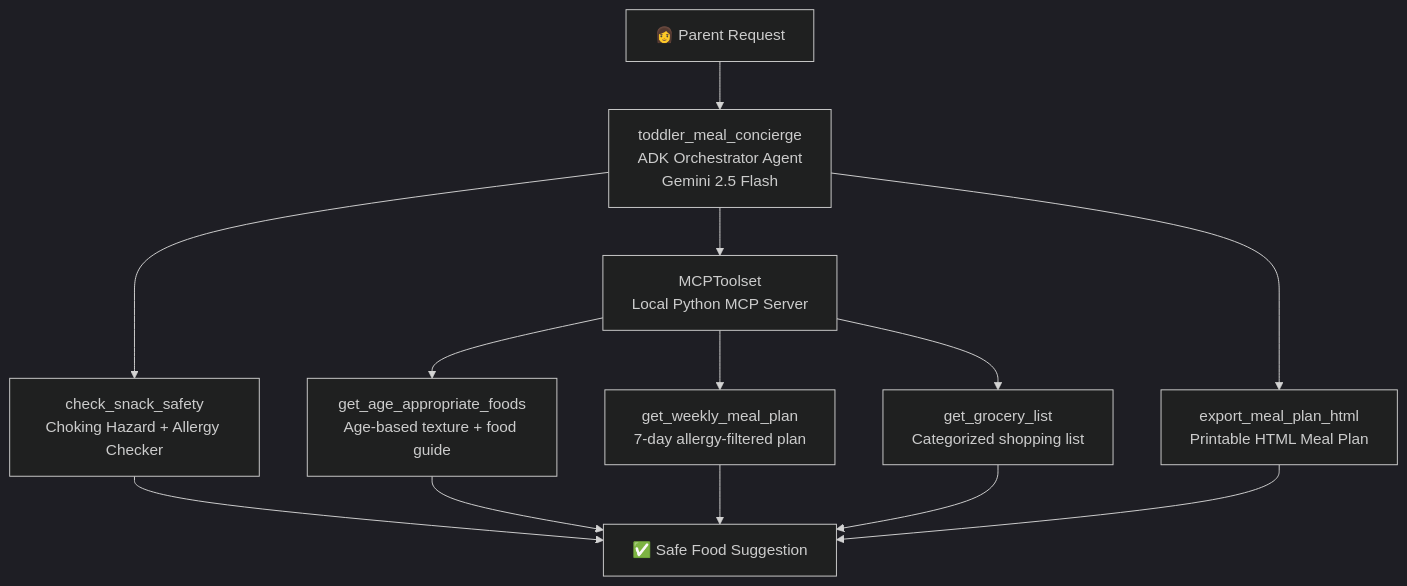
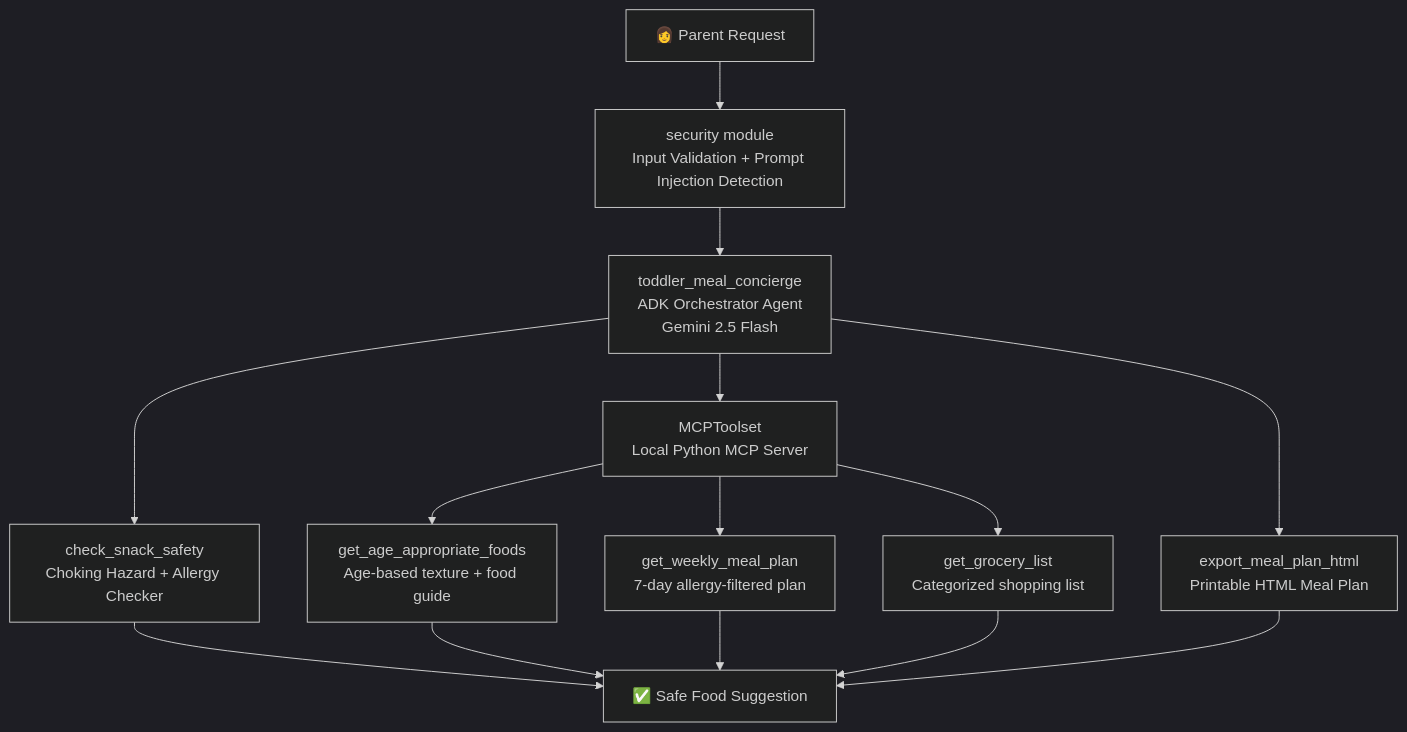
One commit to SangaviKS/toddler-meal-agent changed the diagram in README.md. Above: the diagram before and after it, drawn with Mermaid (dark theme).

Commit message:
Add security module to architecture diagram

````diff
--- a/README.md
+++ b/README.md
@@ -53,15 +53,16 @@
 ```mermaid
 graph TD
-    A[👩 Parent Request] --> B[toddler_meal_concierge\nADK Orchestrator Agent\nGemini 2.5 Flash]
+    A[👩 Parent Request] --> S[security module\nInput Validation + Prompt Injection Detection]
+    S --> B[toddler_meal_concierge\nADK Orchestrator Agent\nGemini 2.5 Flash]
     B --> C[check_snack_safety\nChoking Hazard + Allergy Checker]
     B --> D[MCPToolset\nLocal Python MCP Server]
     B --> H[export_meal_plan_html\nPrintable HTML Meal Plan]
     D --> E[get_age_appropriate_foods\nAge-based texture + food guide]
     D --> F[get_weekly_meal_plan\n7-day allergy-filtered plan]
     D --> G[get_grocery_list\nCategorized shopping list]
     C --> I[✅ Safe Food Suggestion]
     E --> I
     F --> I
     G --> I
     H --> I
 ```
````
